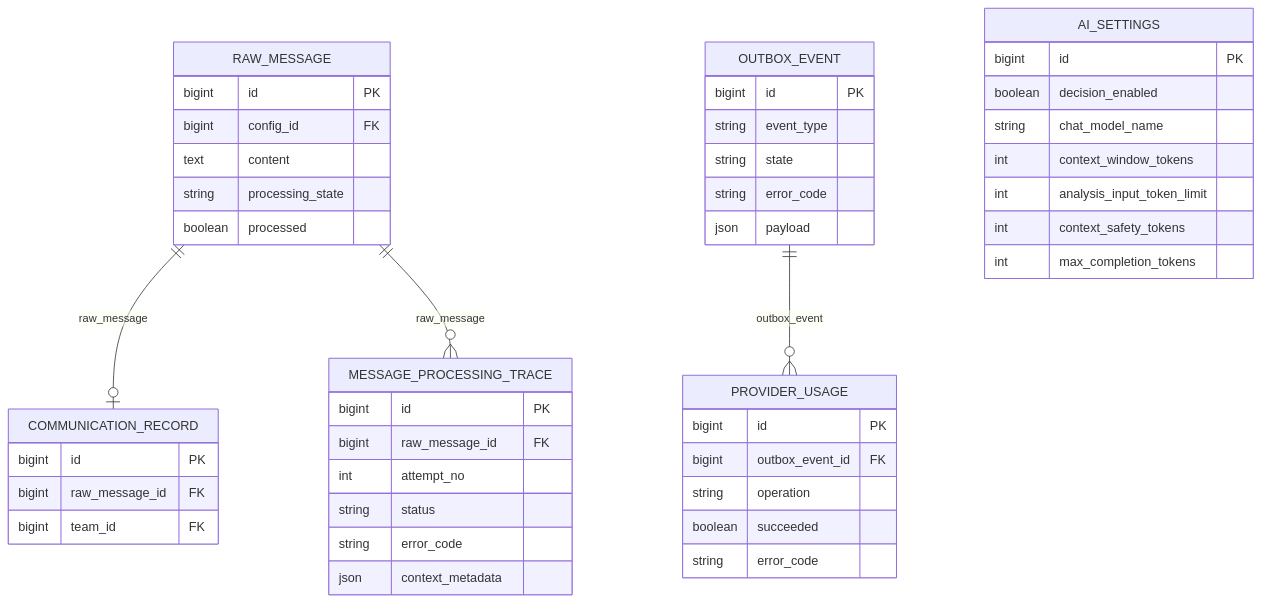
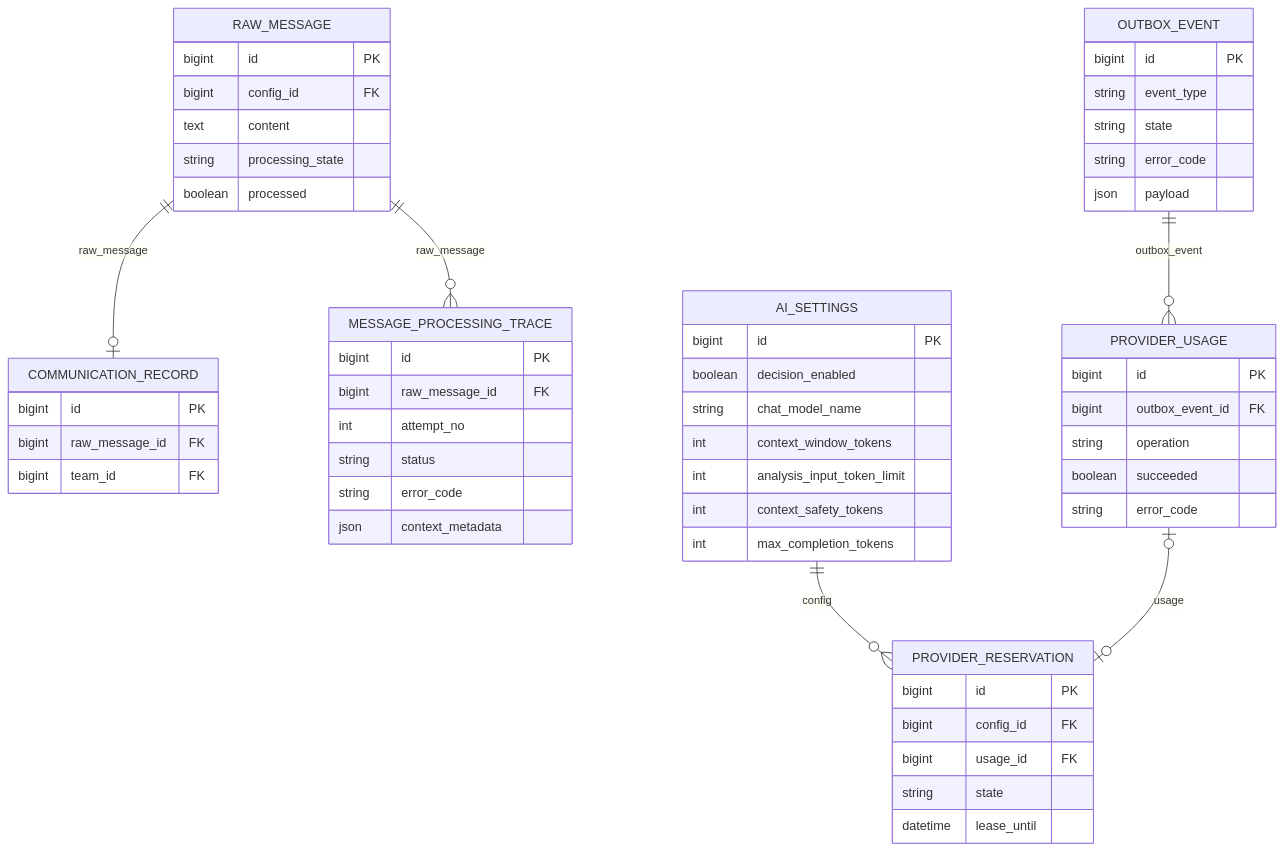
The first of 2 diagrams in specs/task_2026-10-19_11-16-59_MSK.md (envOnion/kz-mazory), drawn with Mermaid before and after one commit. The commit also changed other lines of this file and 2 other files, not shown here.

Commit message:
fix: retain provider reservations through long request deadlines

````diff
--- a/specs/task_2026-10-19_11-16-59_MSK.md
+++ b/specs/task_2026-10-19_11-16-59_MSK.md
@@ -9,49 +9,58 @@
 ```mermaid
 erDiagram
     RAW_MESSAGE ||--o| COMMUNICATION_RECORD : raw_message
     RAW_MESSAGE ||--o{ MESSAGE_PROCESSING_TRACE : raw_message
     OUTBOX_EVENT ||--o{ PROVIDER_USAGE : outbox_event
+    AI_SETTINGS ||--o{ PROVIDER_RESERVATION : config
+    PROVIDER_USAGE o|--o| PROVIDER_RESERVATION : usage
     RAW_MESSAGE {
         bigint id PK
         bigint config_id FK
         text content
         string processing_state
         boolean processed
     }
     COMMUNICATION_RECORD {
         bigint id PK
         bigint raw_message_id FK
         bigint team_id FK
     }
     MESSAGE_PROCESSING_TRACE {
         bigint id PK
         bigint raw_message_id FK
         int attempt_no
         string status
         string error_code
         json context_metadata
     }
     OUTBOX_EVENT {
         bigint id PK
         string event_type
         string state
         string error_code
         json payload
     }
     PROVIDER_USAGE {
         bigint id PK
         bigint outbox_event_id FK
         string operation
         boolean succeeded
         string error_code
     }
     AI_SETTINGS {
         bigint id PK
         boolean decision_enabled
         string chat_model_name
         int context_window_tokens
         int analysis_input_token_limit
         int context_safety_tokens
         int max_completion_tokens
     }
+    PROVIDER_RESERVATION {
+        bigint id PK
+        bigint config_id FK
+        bigint usage_id FK
+        string state
+        datetime lease_until
+    }
 ```
````
